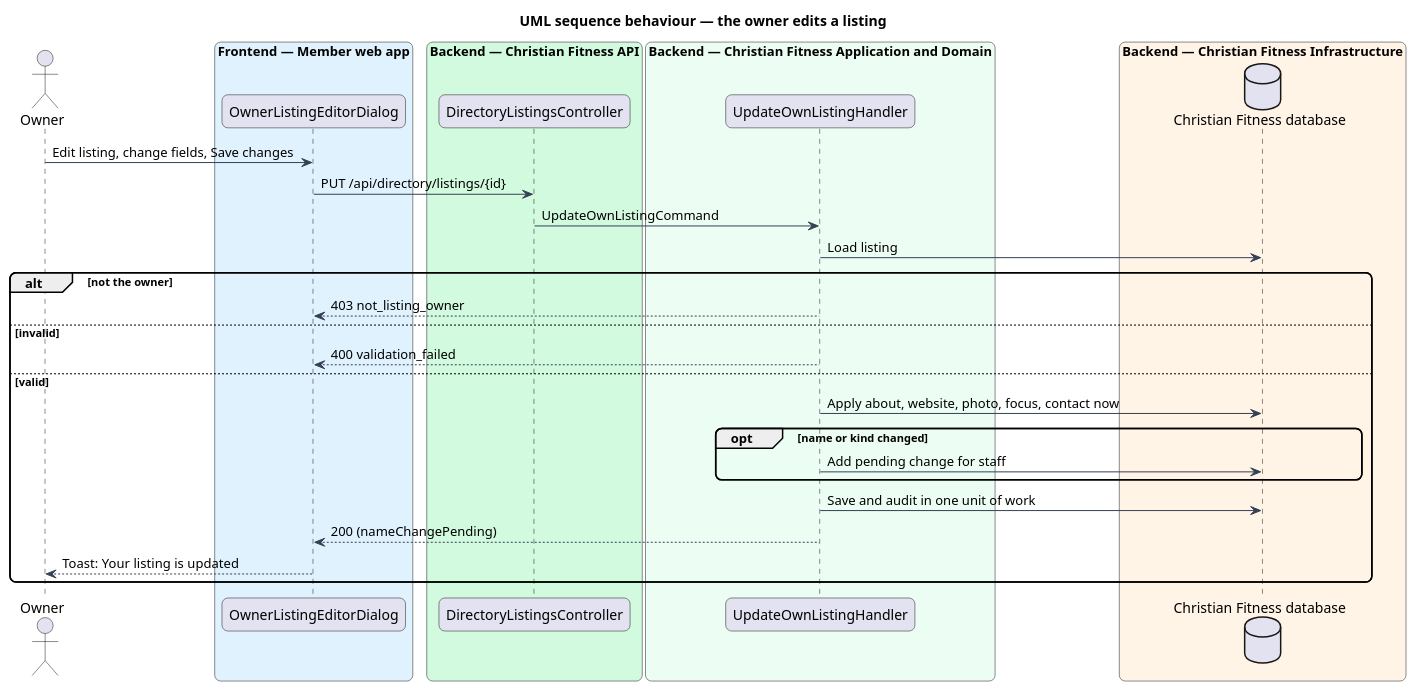
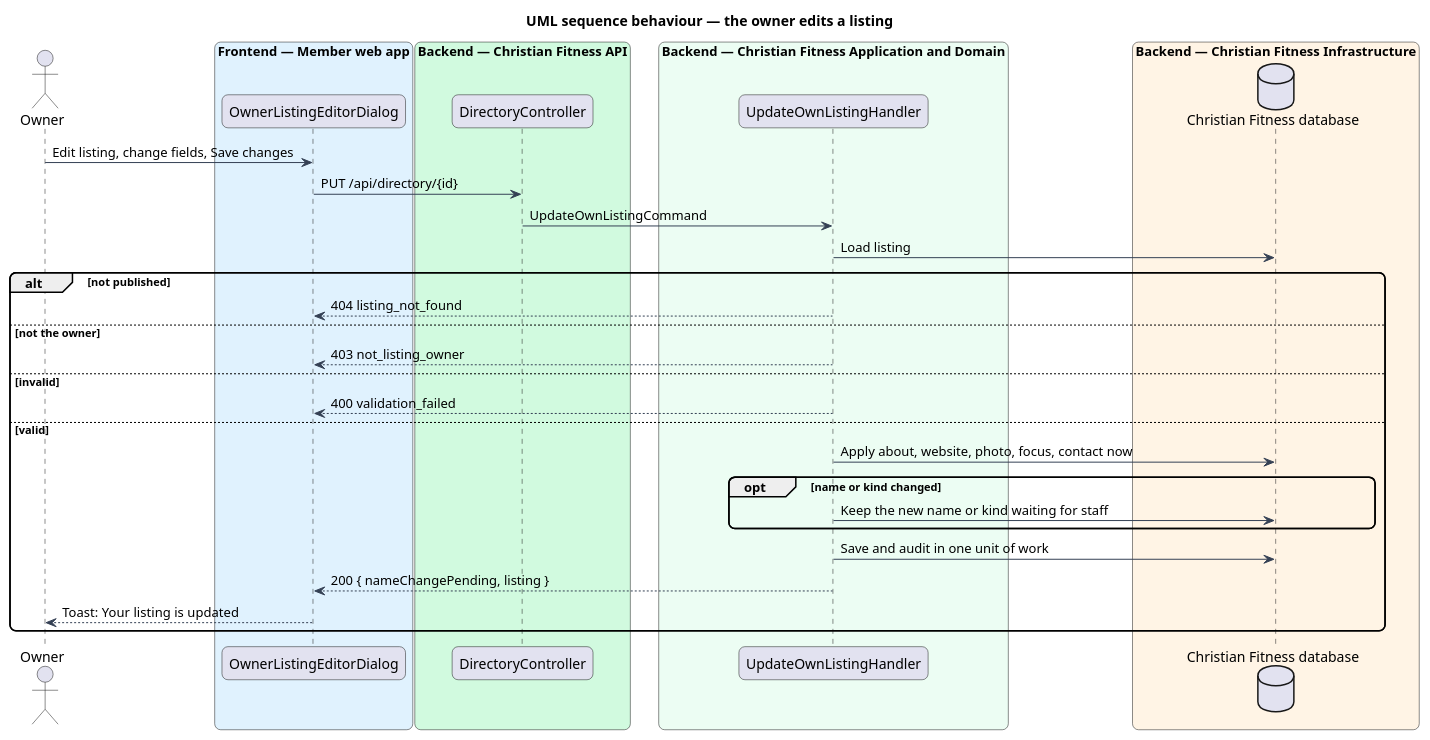
The diagram in docs/detailed-designs/directory/edit-listing/diagrams/sequence-edit.puml (QuinntyneBrown/christian-fitness), drawn with PlantUML before and after one commit. The commit also changed 39 other files, not shown here.

First line of the commit message:
Journey 20: ADR 0093, L2-079's 120-character name, the design, and the mocks' focus field, staff fields and waiting name

```diff
--- a/docs/detailed-designs/directory/edit-listing/diagrams/sequence-edit.puml
+++ b/docs/detailed-designs/directory/edit-listing/diagrams/sequence-edit.puml
@@ -1,38 +1,40 @@
 @startuml
 title UML sequence behaviour — the owner edits a listing
 skinparam backgroundColor #FFFFFF
 skinparam shadowing false
 skinparam roundcorner 12
 skinparam defaultFontName Arial
 skinparam ArrowColor #344054
 actor "Owner" as owner
 box "Frontend — Member web app" #E0F2FE
   participant "OwnerListingEditorDialog" as dlg
 end box
 box "Backend — Christian Fitness API" #D1FADF
-  participant "DirectoryListingsController" as ctrl
+  participant "DirectoryController" as ctrl
 end box
 box "Backend — Christian Fitness Application and Domain" #ECFDF3
   participant "UpdateOwnListingHandler" as h
 end box
 box "Backend — Christian Fitness Infrastructure" #FFF4E5
   database "Christian Fitness database" as db
 end box
 owner -> dlg : Edit listing, change fields, Save changes
-dlg -> ctrl : PUT /api/directory/listings/{id}
+dlg -> ctrl : PUT /api/directory/{id}
 ctrl -> h : UpdateOwnListingCommand
 h -> db : Load listing
-alt not the owner
+alt not published
+  h --> dlg : 404 listing_not_found
+else not the owner
   h --> dlg : 403 not_listing_owner
 else invalid
   h --> dlg : 400 validation_failed
 else valid
   h -> db : Apply about, website, photo, focus, contact now
   opt name or kind changed
-    h -> db : Add pending change for staff
+    h -> db : Keep the new name or kind waiting for staff
   end
   h -> db : Save and audit in one unit of work
-  h --> dlg : 200 (nameChangePending)
+  h --> dlg : 200 { nameChangePending, listing }
   dlg --> owner : Toast: Your listing is updated
 end
 @enduml
```
